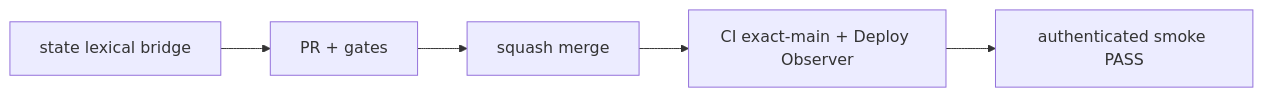
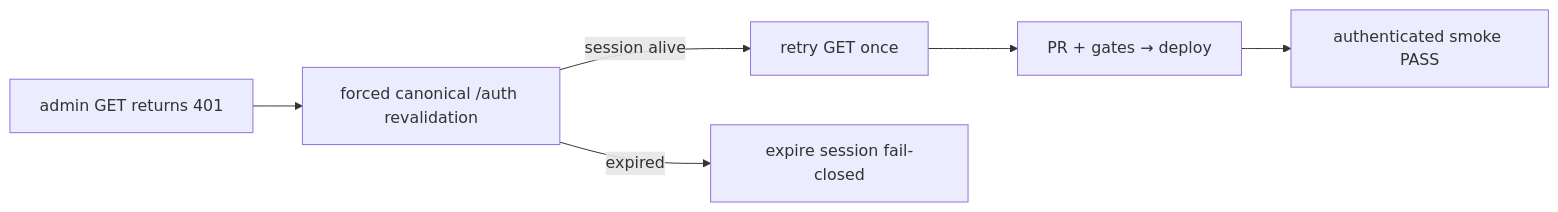
The diagram in README.md (pl0n3r/brvtal), drawn with Mermaid before and after one commit. The commit also changed other lines of this file and 4 other files, not shown here.

First line of the commit message:
fix(prod): recover Hero Slider session once (v0.1.77) (#725)

````diff
--- a/README.md
+++ b/README.md
@@ -44,7 +44,8 @@
 ```mermaid
 flowchart LR
-  F["state lexical bridge"] --> G["PR + gates"]
-  G --> M["squash merge"]
-  M --> E["CI exact-main + Deploy Observer"]
-  E --> S["authenticated smoke PASS"]
+  A["admin GET returns 401"] --> R["forced canonical /auth revalidation"]
+  R -->|session alive| G["retry GET once"]
+  R -->|expired| X["expire session fail-closed"]
+  G --> M["PR + gates → deploy"]
+  M --> S["authenticated smoke PASS"]
 ```
````
